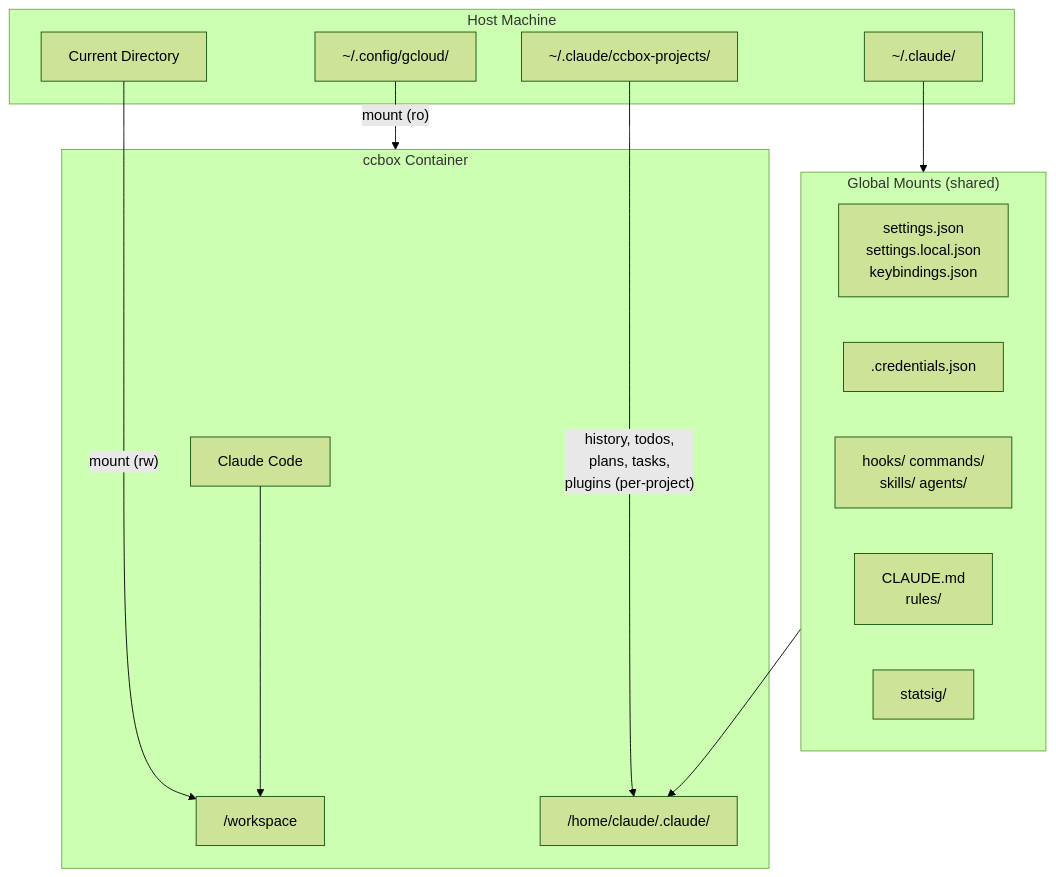
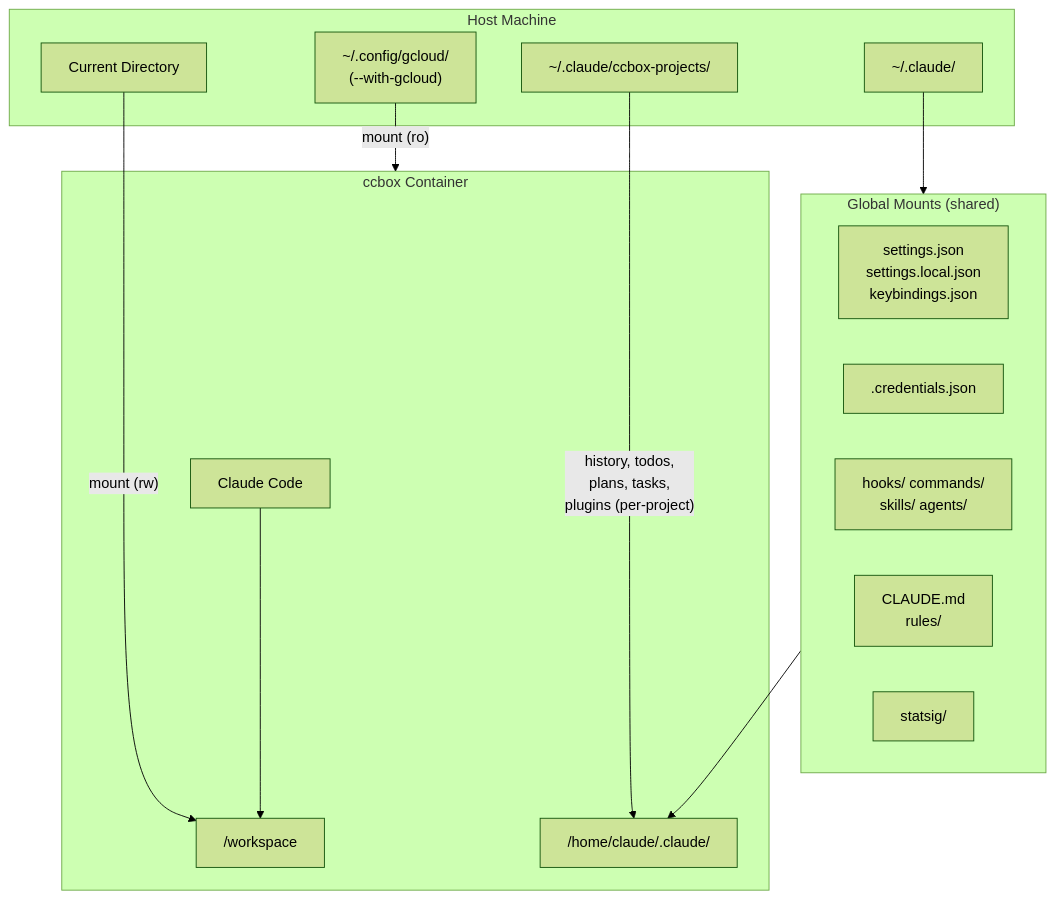
Before and after one commit to guimou/ccbox: the diagram in docs/architecture.md, drawn with Mermaid (forest theme). The commit also changed other lines of this file and 4 other files, not shown here.

````diff
--- a/docs/architecture.md
+++ b/docs/architecture.md
@@ -66,32 +66,32 @@
 ```mermaid
 flowchart TB
     subgraph Host["Host Machine"]
         CWD["Current Directory"]
         GlobalConfig["~/.claude/"]
         ProjectData["~/.claude/ccbox-projects/"]
-        GCloud["~/.config/gcloud/"]
+        GCloud["~/.config/gcloud/<br/>(--with-gcloud)"]
     end
 
     subgraph Container["ccbox Container"]
         Workspace["/workspace"]
         ClaudeHome["/home/claude/.claude/"]
         ClaudeCode["Claude Code"]
     end
 
     subgraph GlobalMounts["Global Mounts (shared)"]
         direction LR
         Settings["settings.json<br/>settings.local.json<br/>keybindings.json"]
         Auth[".credentials.json"]
         Extensions["hooks/ commands/<br/>skills/ agents/"]
         Memory["CLAUDE.md<br/>rules/"]
         Cache["statsig/"]
     end
 
     CWD -->|"mount (rw)"| Workspace
     GlobalConfig --> GlobalMounts
     GlobalMounts --> ClaudeHome
     ProjectData -->|"history, todos,<br/>plans, tasks,<br/>plugins (per-project)"| ClaudeHome
     GCloud -->|"mount (ro)"| Container
 
     ClaudeCode --> Workspace
 ```
````
